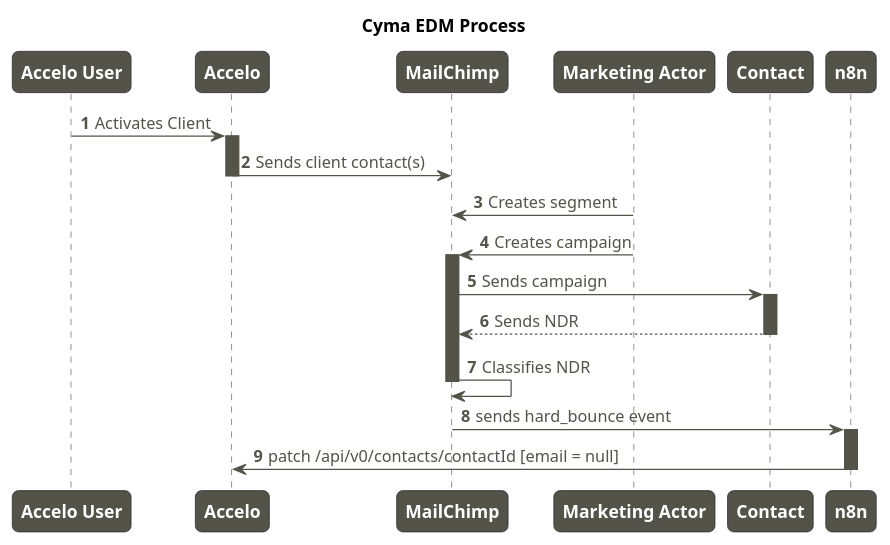
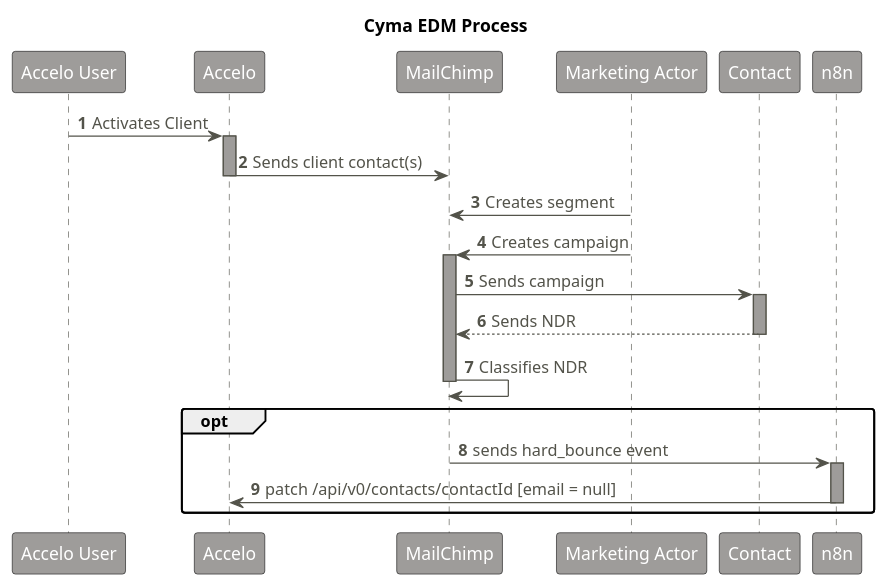
The diagram in cyma/edm process.puml (david-rawnsley/cyma), drawn with PlantUML before and after one commit. The commit also changed 3 other files, not shown here.

```diff
--- a/cyma/edm process.puml
+++ b/cyma/edm process.puml
@@ -1,49 +1,49 @@
 @startuml
 
 Title Cyma EDM Process
 skinparam defaultFontName Raleway
-skinparam roundcorner 10
+skinparam roundcorner 5
 'skinparam shadowing true
 autonumber
 skinparam sequence {
     ArrowColor #53534A
     ArrowFontColor #53534A
     LifeLineBorderColor #53534A
-    LifeLineBackgroundColor #53534A
+    LifeLineBackgroundColor #9E9C9A
 
-    ParticipantBackgroundColor #53534A
+    ParticipantBackgroundColor #9E9C9A
     ParticipantFontSize 14
     ParticipantFontColor White
-    ParticipantFontStyle bold
+    'ParticipantFontStyle bold
 }
 
 participant au as "Accelo User"
 participant acc as "Accelo"
 participant mc as "MailChimp"
 participant ma as "Marketing Actor"
 participant c as "Contact"
 
 au -> acc: Activates Client
 activate acc
 acc -> mc: Sends client contact(s)
 deactivate acc
 
 ma -> mc: Creates segment
 ma -> mc: Creates campaign
 activate mc
 mc -> c: Sends campaign
 activate c
 c --> mc: Sends NDR
 ' deactivate mc
 deactivate c
 
 mc -> mc: Classifies NDR
 deactivate mc
-
+opt
 mc -> n8n: sends hard_bounce event
 activate n8n
 
 n8n -> acc: patch /api/v0/contacts/contactId [email = null]
 deactivate n8n
-
+end
 @enduml
```
